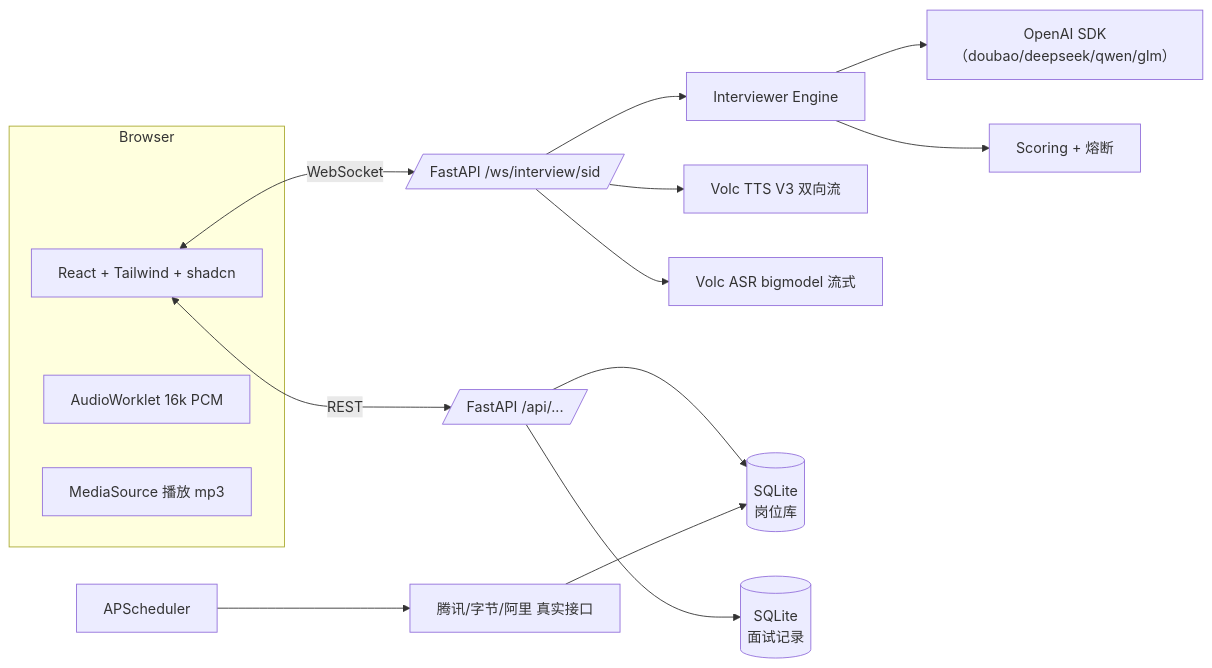
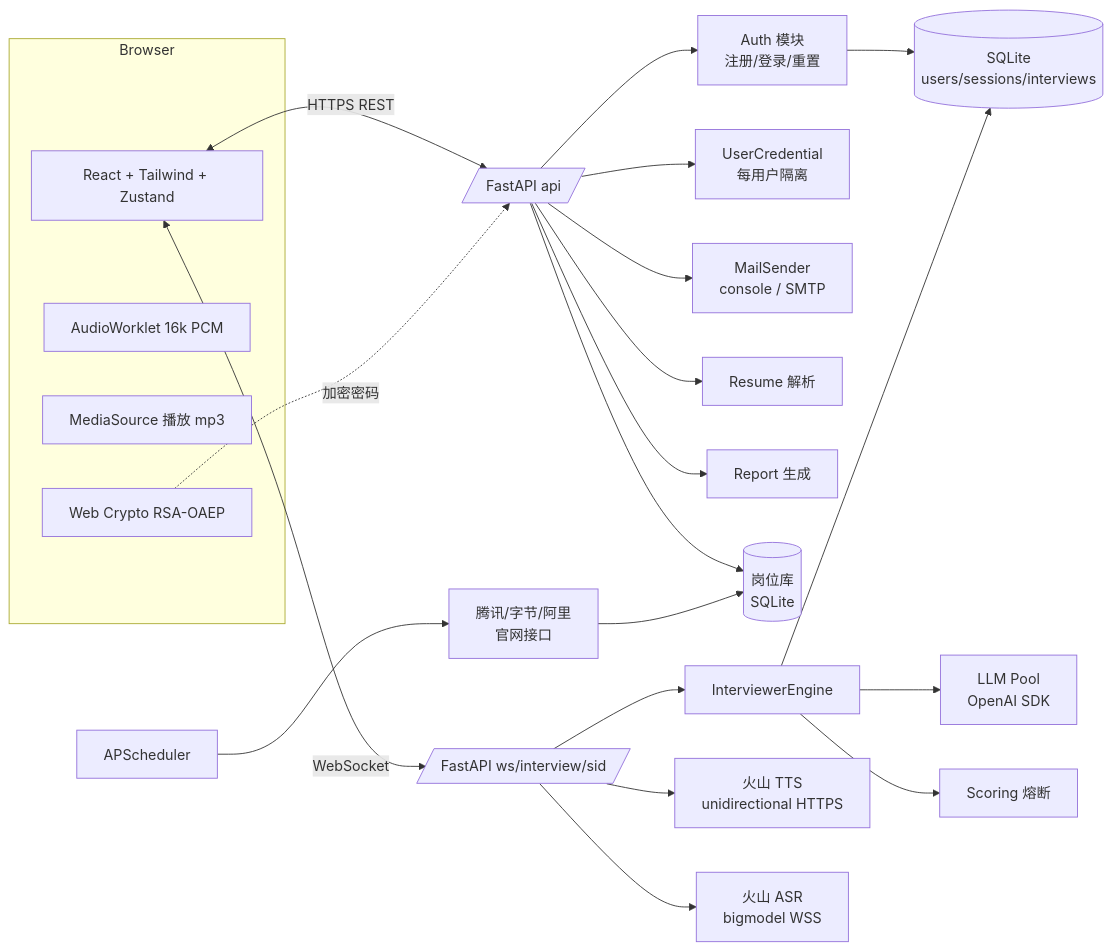
One commit to wangqi-engineer/QiInterview changed the diagram in README.md. Above: the diagram before and after it, drawn with Mermaid. The commit also changed other lines of this file and 3 other files, not shown here.

````diff
--- a/README.md
+++ b/README.md
@@ -10,19 +25,32 @@
 ```mermaid
 flowchart LR
   subgraph Browser
-    UI[React + Tailwind + shadcn]
+    UI[React + Tailwind + Zustand]
     AW[AudioWorklet 16k PCM]
     MS[MediaSource 播放 mp3]
+    RSA[Web Crypto RSA-OAEP]
   end
-  UI <-- WebSocket --> WS[/FastAPI /ws/interview/sid/]
-  UI <-- REST --> API[/FastAPI /api/.../]
-  WS --> ENG[Interviewer Engine]
-  ENG --> LLM[OpenAI SDK\n（doubao/deepseek/qwen/glm）]
-  ENG --> SCO[Scoring + 熔断]
-  WS --> TTS[Volc TTS V3 双向流]
-  WS --> STT[Volc ASR bigmodel 流式]
-  API --> JOBS[(SQLite\n岗位库)]
-  REF[APScheduler] --> CRAW[腾讯/字节/阿里 真实接口]
+
+  UI <-- HTTPS REST --> API[/FastAPI api/]
+  UI <-- WebSocket --> WS[/FastAPI ws/interview/sid/]
+  RSA -. 加密密码 .-> API
+
+  API --> AUTH[Auth 模块<br/>注册/登录/重置]
+  API --> CRED[UserCredential<br/>每用户隔离]
+  API --> MAIL[MailSender<br/>console / SMTP]
+  API --> RESUME[Resume 解析]
+  API --> REPORT[Report 生成]
+  API --> JOBS[(岗位库<br/>SQLite)]
+
+  WS --> ENG[InterviewerEngine]
+  ENG --> LLMP[LLM Pool<br/>OpenAI SDK]
+  ENG --> SCO[Scoring 熔断]
+  WS --> TTS[火山 TTS<br/>unidirectional HTTPS]
+  WS --> STT[火山 ASR<br/>bigmodel WSS]
+
+  SCHED[APScheduler] --> CRAW[腾讯/字节/阿里<br/>官网接口]
   CRAW --> JOBS
-  API --> DB[(SQLite\n面试记录)]
+
+  AUTH --> DB[(SQLite<br/>users/sessions/interviews)]
+  ENG --> DB
 ```
````
